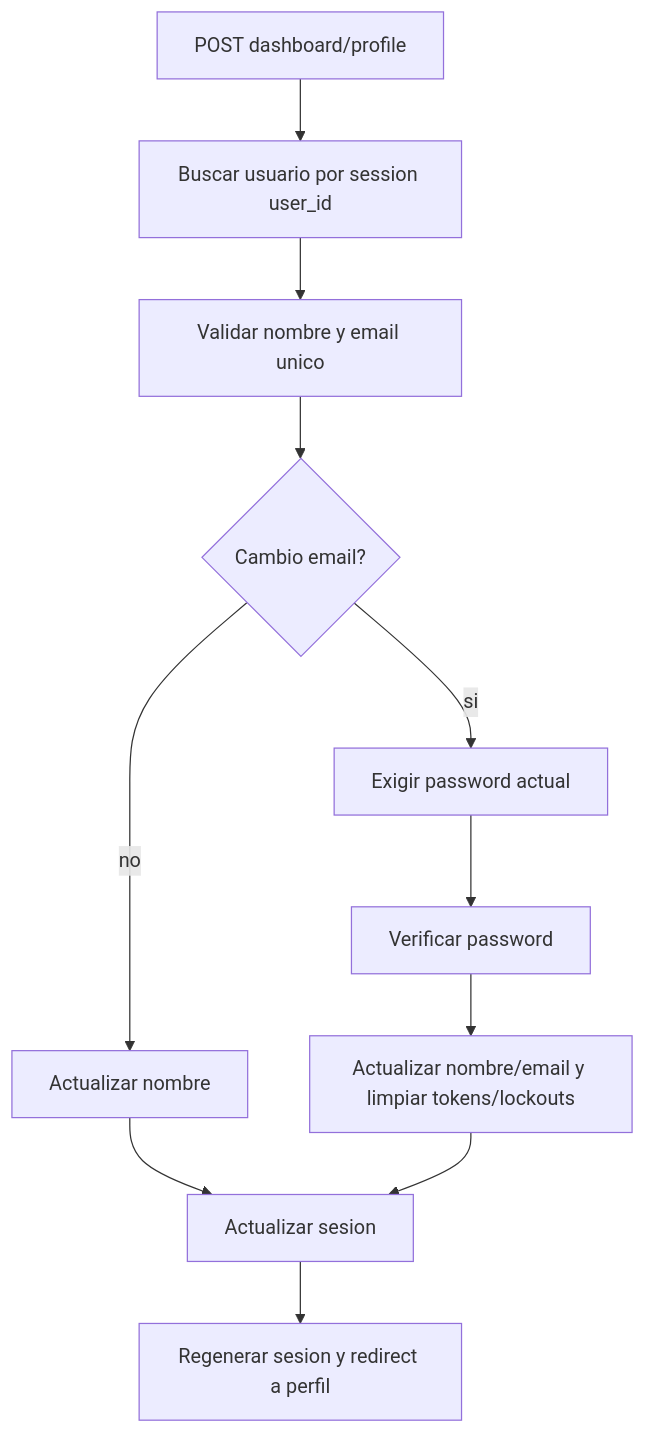
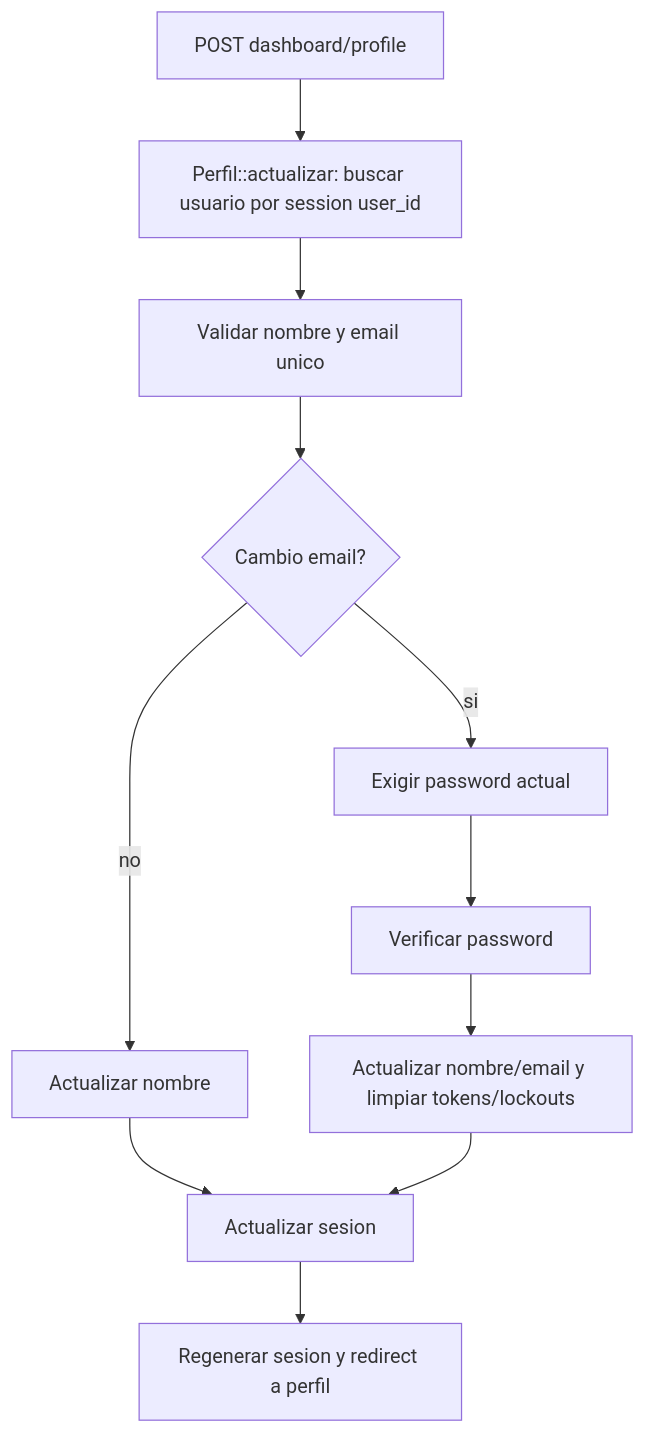
The eighth of 10 diagrams in BACKEND_DOCUMENTACION.md (TuVieja22/AquaControl), drawn with Mermaid before and after one commit. The commit also changed other lines of this file and 10 other files, not shown here.

````diff
--- a/BACKEND_DOCUMENTACION.md
+++ b/BACKEND_DOCUMENTACION.md
@@ -994,13 +1014,13 @@
 ```mermaid
 flowchart TD
-    A[POST dashboard/profile] --> B[Buscar usuario por session user_id]
+    A[POST dashboard/profile] --> B[Perfil::actualizar: buscar usuario por session user_id]
     B --> C[Validar nombre y email unico]
     C --> D{Cambio email?}
     D -->|si| E[Exigir password actual]
     D -->|no| F[Actualizar nombre]
     E --> G[Verificar password]
     G --> H[Actualizar nombre/email y limpiar tokens/lockouts]
     F --> I[Actualizar sesion]
     H --> I
     I --> J[Regenerar sesion y redirect a perfil]
 ```
````
